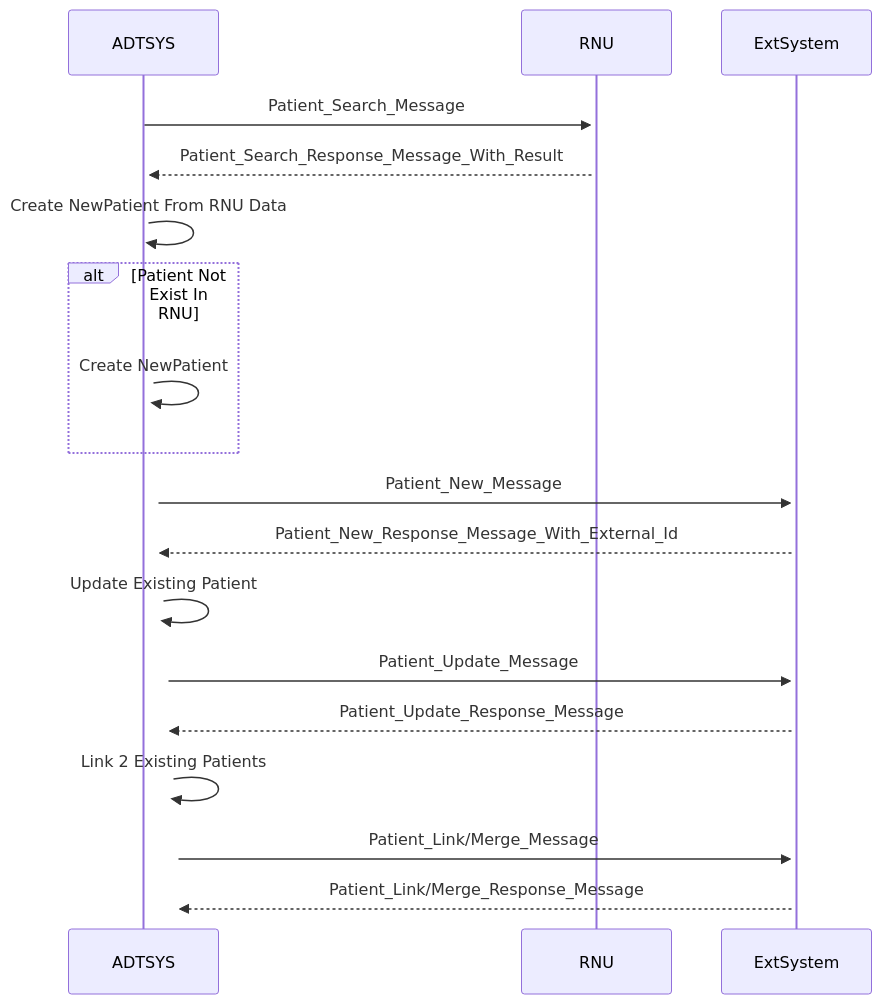
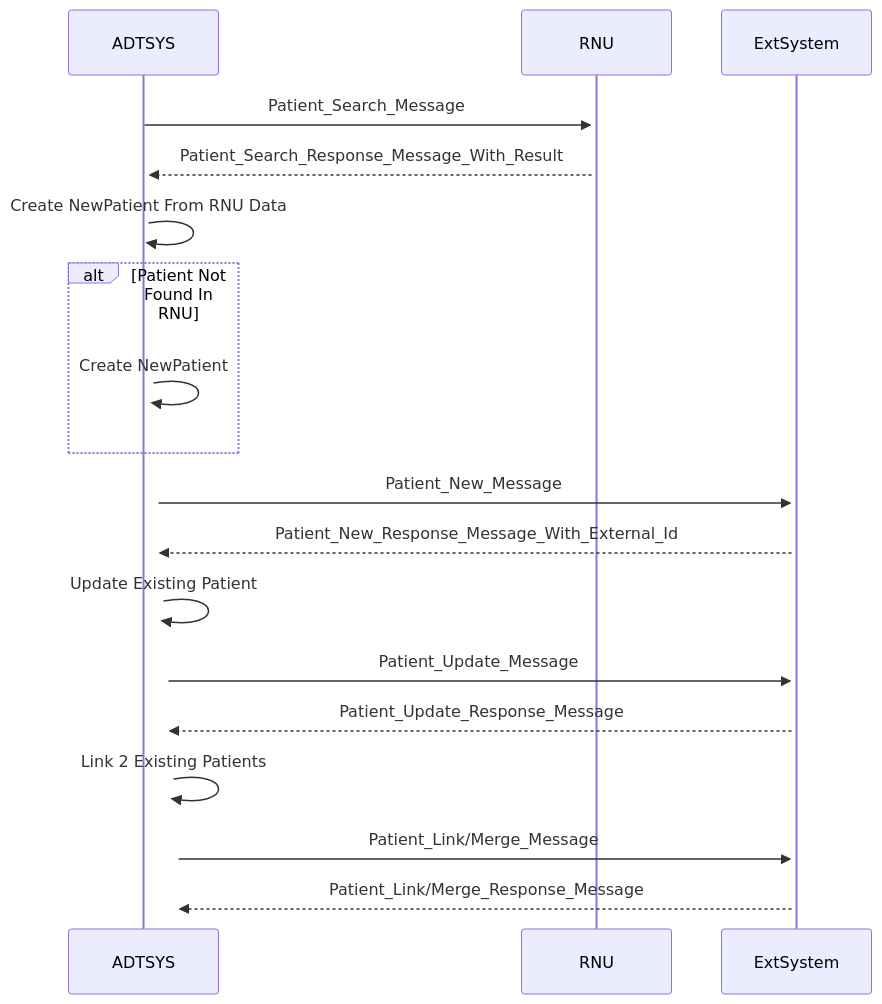
The second of 2 diagrams in input/pagecontent/background.md (hl7-pt/patient-admin-ig), drawn with Mermaid before and after one commit.

Commit message:
Patient Identity Management Workflow

````diff
--- a/input/pagecontent/background.md
+++ b/input/pagecontent/background.md
@@ -42,18 +42,18 @@
 ```mermaid 
 sequenceDiagram
     ADTSYS->>+RNU: Patient_Search_Message
     RNU-->>+ADTSYS: Patient_Search_Response_Message_With_Result
     ADTSYS->>+ADTSYS: Create NewPatient From RNU Data
-    alt Patient Not Exist In RNU
+    alt Patient Not Found In RNU
         ADTSYS->>+ADTSYS: Create NewPatient
     end
     ADTSYS->>+ExtSystem: Patient_New_Message
     ExtSystem-->>+ADTSYS: Patient_New_Response_Message_With_External_Id
     ADTSYS->>+ADTSYS: Update Existing Patient
     ADTSYS->>+ExtSystem: Patient_Update_Message
     ExtSystem-->>+ADTSYS: Patient_Update_Response_Message
     ADTSYS->>+ADTSYS: Link 2 Existing Patients
     ADTSYS->>+ExtSystem: Patient_Link/Merge_Message
     ExtSystem-->>+ADTSYS: Patient_Link/Merge_Response_Message
 
 ```
````
